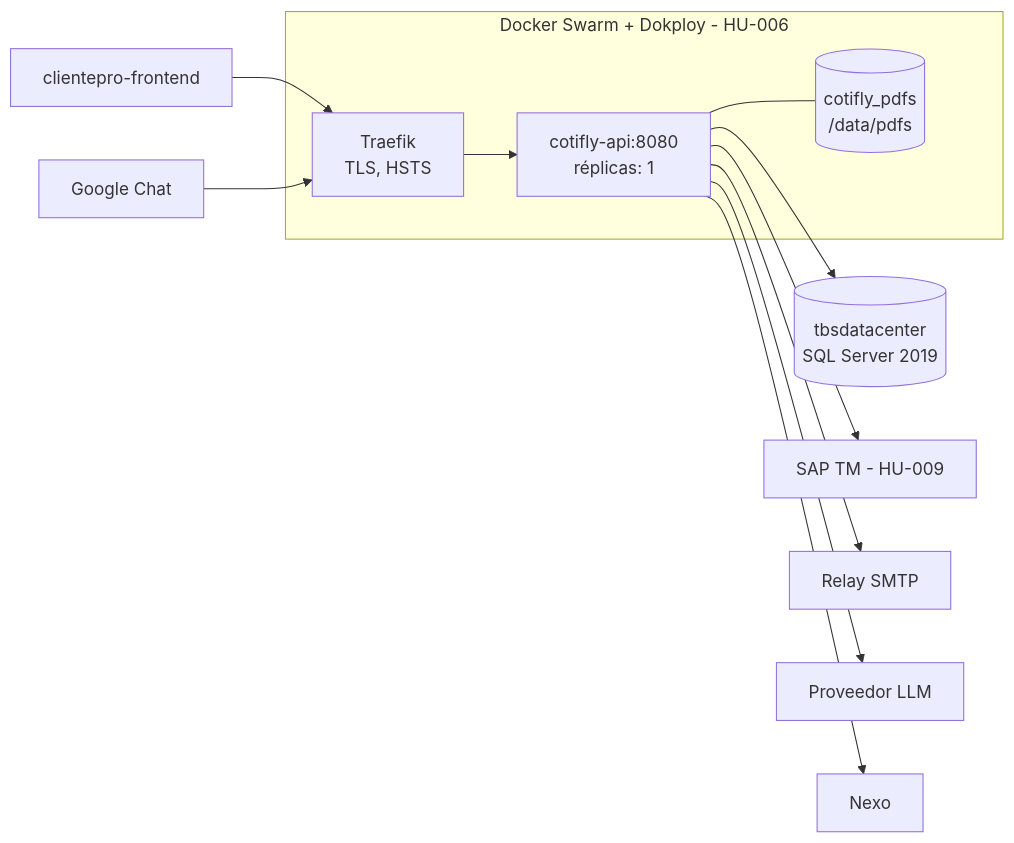
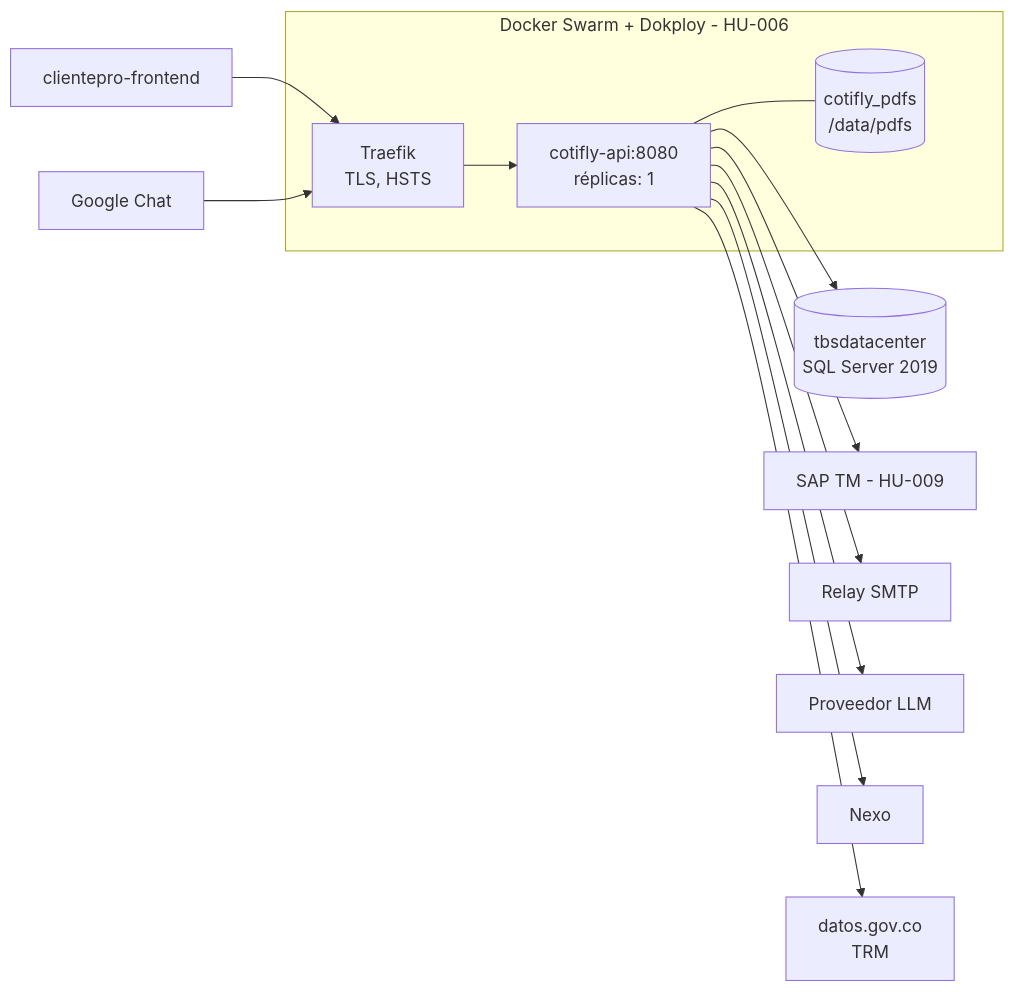
One commit to InnovacionIA-proyectos/Cotifly changed the diagram in backend-dotnet/docs/03-infraestructura.md. Above: the diagram before and after it, drawn with Mermaid. The commit also changed other lines of this file and 24 other files, not shown here.

````diff
--- a/backend-dotnet/docs/03-infraestructura.md
+++ b/backend-dotnet/docs/03-infraestructura.md
@@ -293,14 +309,15 @@
 ```mermaid
 flowchart LR
     subgraph swarm[Docker Swarm + Dokploy - HU-006]
         traefik[Traefik<br/>TLS, HSTS] --> api[cotifly-api:8080<br/>réplicas: 1]
         api --- vol[(cotifly_pdfs<br/>/data/pdfs)]
     end
     front[clientepro-frontend] --> traefik
     google[Google Chat] --> traefik
     api --> sqlsrv[(tbsdatacenter<br/>SQL Server 2019)]
     api --> sapnet[SAP TM - HU-009]
     api --> relay[Relay SMTP]
     api --> proveedor[Proveedor LLM]
     api --> nexo[Nexo]
+    api --> trm[datos.gov.co<br/>TRM]
 ```
````
